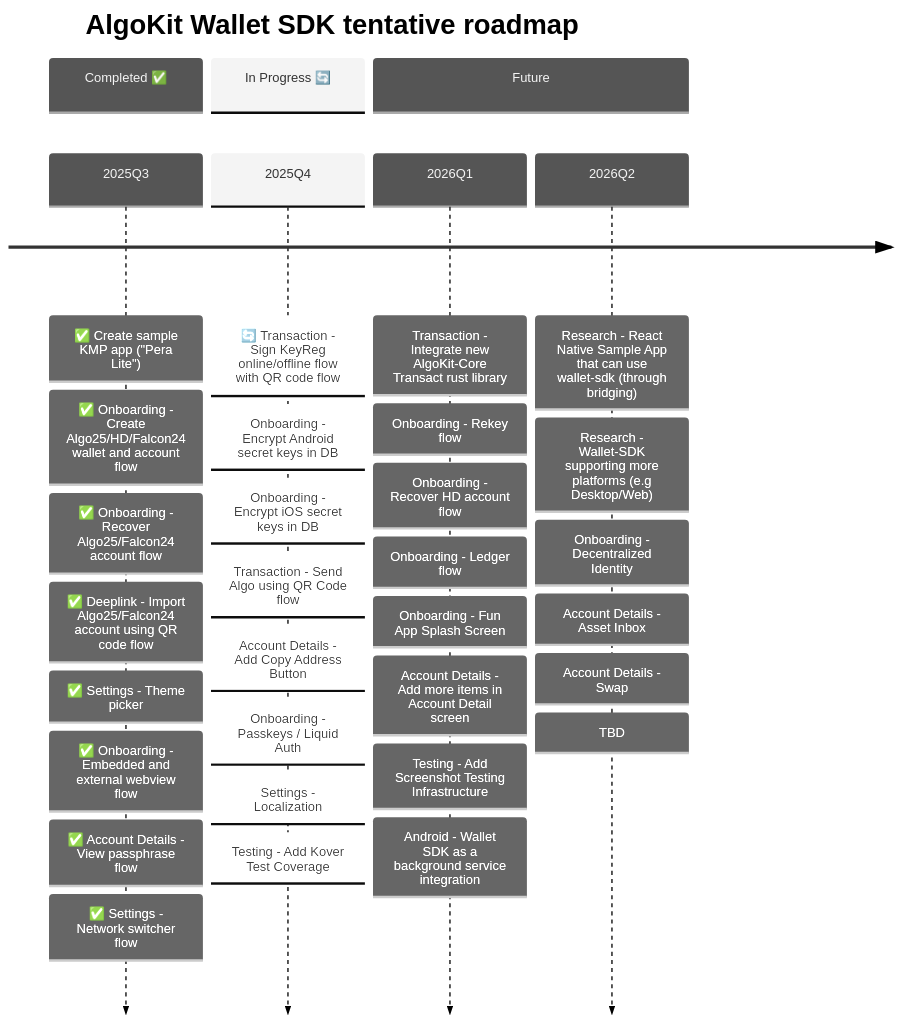
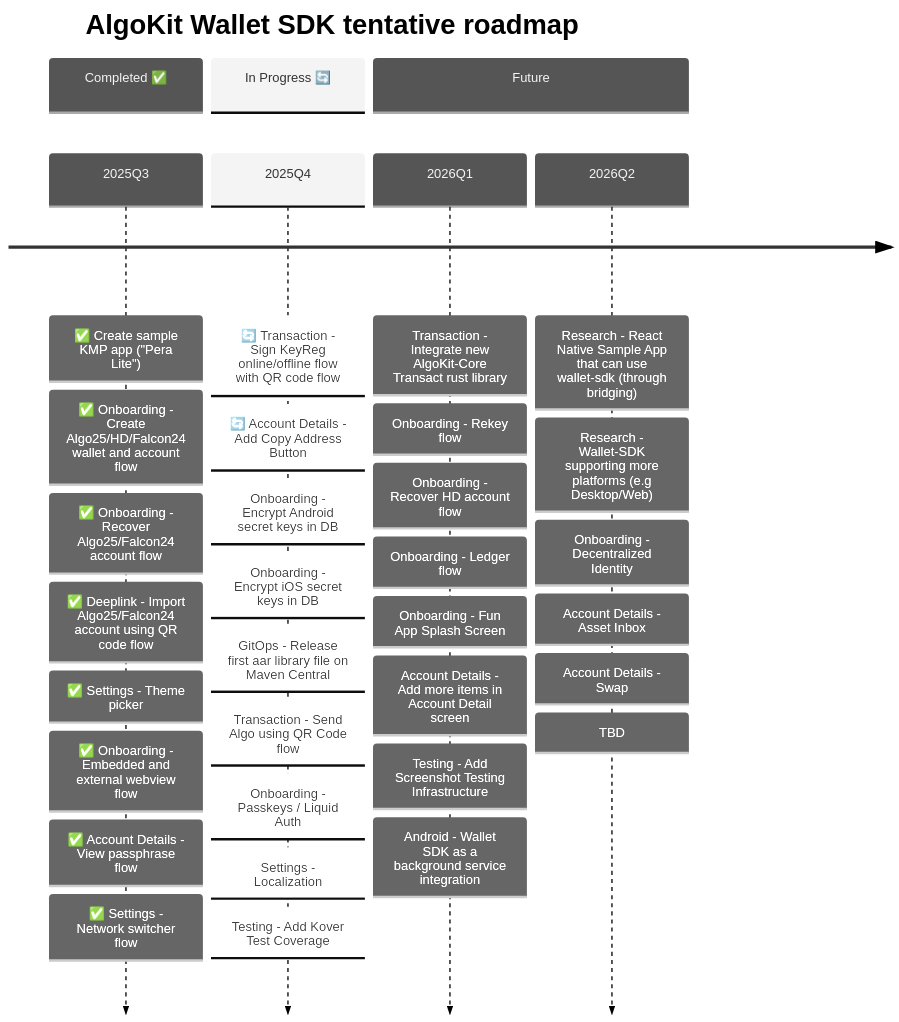
Before and after one commit to michaeltchuang/algokit-walletsdk-kmp: the second of 3 diagrams in README.md, drawn with Mermaid. The commit also changed other lines of this file, not shown here.

Commit message:
docs: update readme copy (#63)

````diff
--- a/README.md
+++ b/README.md
@@ -47,44 +47,45 @@
 ```mermaid
 ---
 config:
   theme: 'neutral'
 ---
 timeline
     title AlgoKit Wallet SDK tentative roadmap
 
     section Completed ✅
     2025Q3  : ✅ Create sample KMP app ("Pera Lite")
             : ✅ Onboarding - Create Algo25/HD/Falcon24 wallet and account flow
             : ✅ Onboarding - Recover Algo25/Falcon24 account flow
             : ✅ Deeplink - Import Algo25/Falcon24 account using QR code flow
             : ✅ Settings - Theme picker
             : ✅ Onboarding - Embedded and external webview flow
             : ✅ Account Details - View passphrase flow
             : ✅ Settings - Network switcher flow
 
     section In Progress 🔄
     2025Q4  : 🔄 Transaction - Sign KeyReg online/offline flow with QR code flow
+            : 🔄 Account Details - Add Copy Address Button
             : Onboarding - Encrypt Android secret keys in DB
             : Onboarding - Encrypt iOS secret keys in DB
+            : GitOps - Release first aar library file on Maven Central
             : Transaction - Send Algo using QR Code flow
-            : Account Details - Add Copy Address Button
             : Onboarding - Passkeys / Liquid Auth
             : Settings - Localization
             : Testing - Add Kover Test Coverage
 
     section Future
     2026Q1  : Transaction - Integrate new AlgoKit-Core Transact rust library
             : Onboarding - Rekey flow
             : Onboarding - Recover HD account flow
             : Onboarding - Ledger flow
             : Onboarding - Fun App Splash Screen
             : Account Details - Add more items in Account Detail screen
             : Testing - Add Screenshot Testing Infrastructure
             : Android - Wallet SDK as a background service integration
     2026Q2  : Research - React Native Sample App that can use wallet-sdk (through bridging)
             : Research - Wallet-SDK supporting more platforms (e.g Desktop/Web)
             : Onboarding - Decentralized Identity
             : Account Details - Asset Inbox
             : Account Details - Swap
             : TBD
 ```
````
